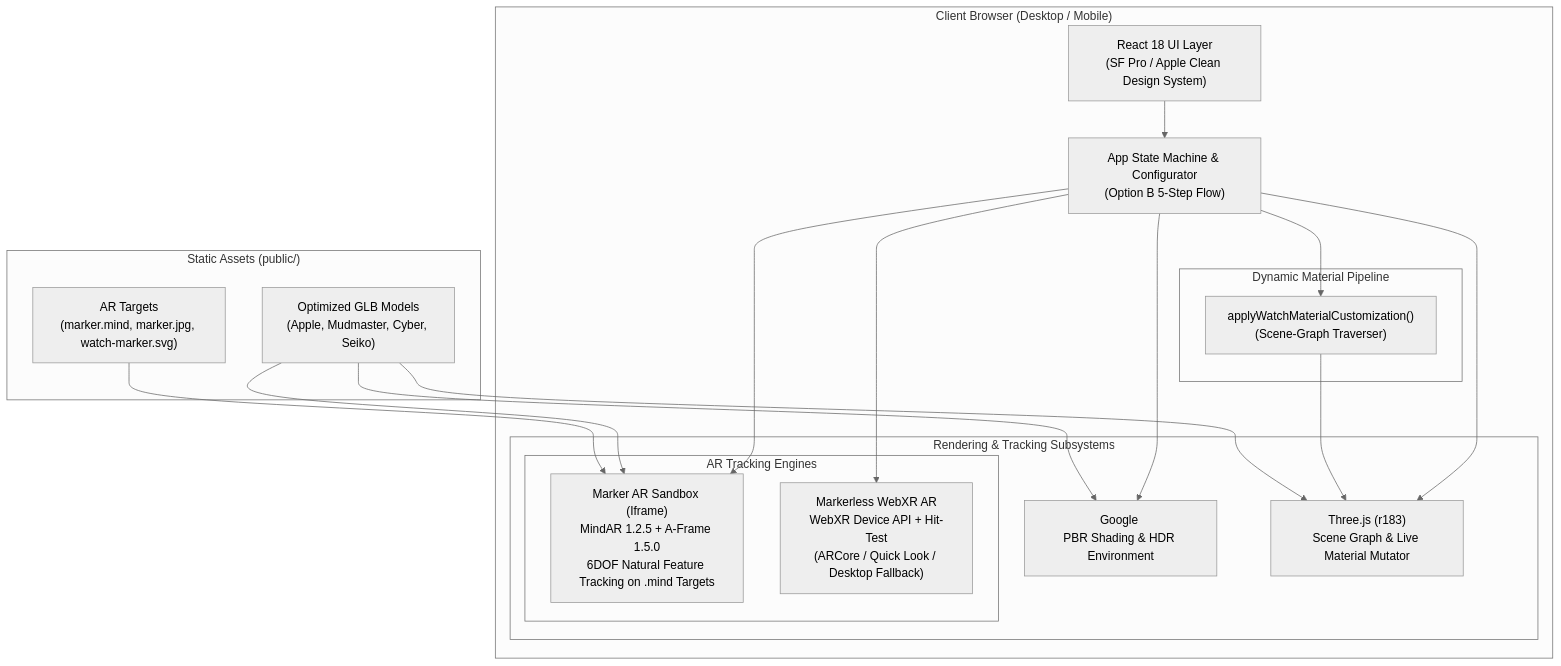
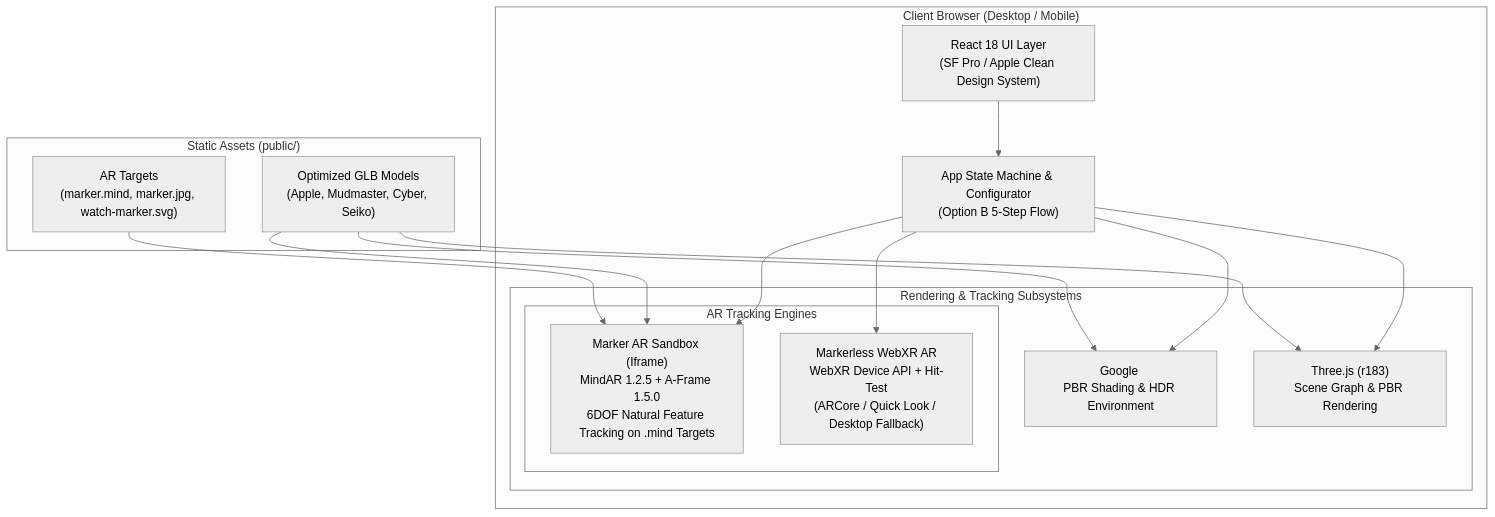
The first of 3 diagrams in architecture.md (dhanitha0725/ar-watch-shop), drawn with Mermaid (neutral theme) before and after one commit. The commit also changed other lines of this file and 20 other files, not shown here.

````diff
--- a/architecture.md
+++ b/architecture.md
@@ -17,39 +17,34 @@
 ```mermaid
 flowchart TD
     subgraph Client ["Client Browser (Desktop / Mobile)"]
         UI["React 18 UI Layer<br/>(SF Pro / Apple Clean Design System)"]
         StateMgr["App State Machine & Configurator<br/>(Option B 5-Step Flow)"]
         
         subgraph Subsystems ["Rendering & Tracking Subsystems"]
             MV["Google <model-viewer><br/>PBR Shading & HDR Environment"]
-            ThreeCore["Three.js (r183)<br/>Scene Graph & Live Material Mutator"]
+            ThreeCore["Three.js (r183)<br/>Scene Graph & PBR Rendering"]
             
             subgraph ARModes ["AR Tracking Engines"]
                 MindAR["Marker AR Sandbox (Iframe)<br/>MindAR 1.2.5 + A-Frame 1.5.0<br/>6DOF Natural Feature Tracking on .mind Targets"]
                 WebXR["Markerless WebXR AR<br/>WebXR Device API + Hit-Test<br/>(ARCore / Quick Look / Desktop Fallback)"]
             end
         end
         
-        subgraph MutatorPipeline ["Dynamic Material Pipeline"]
-            MatMut["applyWatchMaterialCustomization()<br/>(Scene-Graph Traverser)"]
-        end
     end
 
     subgraph Assets ["Static Assets (public/)"]
         GLB["Optimized GLB Models<br/>(Apple, Mudmaster, Cyber, Seiko)"]
         Markers["AR Targets<br/>(marker.mind, marker.jpg, watch-marker.svg)"]
     end
 
     UI --> StateMgr
     StateMgr --> MV
     StateMgr --> ThreeCore
     StateMgr --> MindAR
     StateMgr --> WebXR
     
-    StateMgr --> MatMut --> ThreeCore
-    
     GLB --> MV
     GLB --> ThreeCore
     GLB --> MindAR
     Markers --> MindAR
 ```
````
